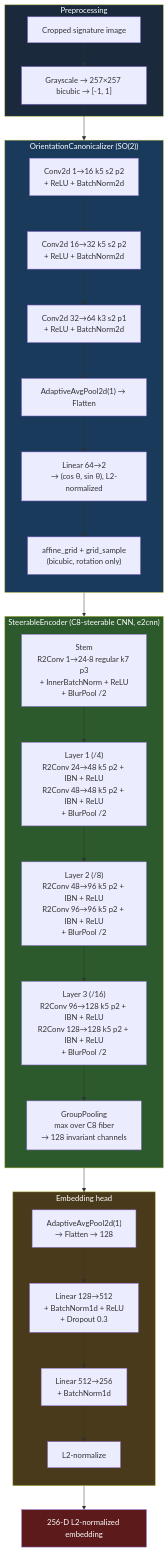
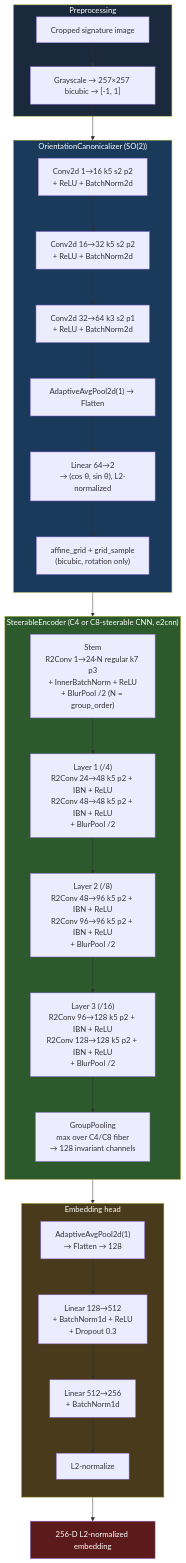
The diagram in README.md (jordi-murgo/SigOrbit-trainer), drawn with Mermaid before and after one commit. The commit also changed other lines of this file, not shown here.

First line of the commit message:
docs: update architecture diagram and pipeline for C4/C8 backbones

`````diff
--- a/README.md
+++ b/README.md
@@ -27,49 +27,49 @@
 ````mermaid
 flowchart TB
     subgraph Input["Preprocessing"]
         IMG["Cropped signature image"]
         GRAY["Grayscale → 257×257 bicubic → [-1, 1]"]
         IMG --> GRAY
     end
 
     subgraph Canon["OrientationCanonicalizer (SO(2))"]
         direction TB
         CC1["Conv2d 1→16 k5 s2 p2<br/>+ ReLU + BatchNorm2d"]
         CC2["Conv2d 16→32 k5 s2 p2<br/>+ ReLU + BatchNorm2d"]
         CC3["Conv2d 32→64 k3 s2 p1<br/>+ ReLU + BatchNorm2d"]
         CCP["AdaptiveAvgPool2d(1) → Flatten"]
         CLIN["Linear 64→2<br/>→ (cos θ, sin θ), L2-normalized"]
         CAFF["affine_grid + grid_sample<br/>(bicubic, rotation only)"]
         CC1 --> CC2 --> CC3 --> CCP --> CLIN --> CAFF
     end
 
-    subgraph Backbone["SteerableEncoder (C8-steerable CNN, e2cnn)"]
+    subgraph Backbone["SteerableEncoder (C4 or C8-steerable CNN, e2cnn)"]
         direction TB
-        STEM["Stem<br/>R2Conv 1→24·8 regular k7 p3<br/>+ InnerBatchNorm + ReLU<br/>+ BlurPool /2"]
+        STEM["Stem<br/>R2Conv 1→24·N regular k7 p3<br/>+ InnerBatchNorm + ReLU<br/>+ BlurPool /2 (N = group_order)"]
         L1["Layer 1 (/4)<br/>R2Conv 24→48 k5 p2 + IBN + ReLU<br/>R2Conv 48→48 k5 p2 + IBN + ReLU<br/>+ BlurPool /2"]
         L2["Layer 2 (/8)<br/>R2Conv 48→96 k5 p2 + IBN + ReLU<br/>R2Conv 96→96 k5 p2 + IBN + ReLU<br/>+ BlurPool /2"]
         L3["Layer 3 (/16)<br/>R2Conv 96→128 k5 p2 + IBN + ReLU<br/>R2Conv 128→128 k5 p2 + IBN + ReLU<br/>+ BlurPool /2"]
-        GP["GroupPooling<br/>max over C8 fiber<br/>→ 128 invariant channels"]
+        GP["GroupPooling<br/>max over C4/C8 fiber<br/>→ 128 invariant channels"]
         STEM --> L1 --> L2 --> L3 --> GP
     end
 
     subgraph Head["Embedding head"]
         direction TB
         POOL["AdaptiveAvgPool2d(1)<br/>→ Flatten → 128"]
         FC1["Linear 128→512<br/>+ BatchNorm1d + ReLU<br/>+ Dropout 0.3"]
         FC2["Linear 512→256<br/>+ BatchNorm1d"]
         NORM["L2-normalize"]
         POOL --> FC1 --> FC2 --> NORM
     end
 
     GRAY --> CC1
     CAFF --> STEM
     GP --> POOL
     NORM --> OUT["256-D L2-normalized embedding"]
 
     style Input fill:#1a2a3c,color:#fff
     style Canon fill:#1a3a5c,color:#fff
     style Backbone fill:#2d5a2d,color:#fff
     style Head fill:#4a3a1c,color:#fff
     style OUT fill:#5c1a1a,color:#fff
 ````
`````
